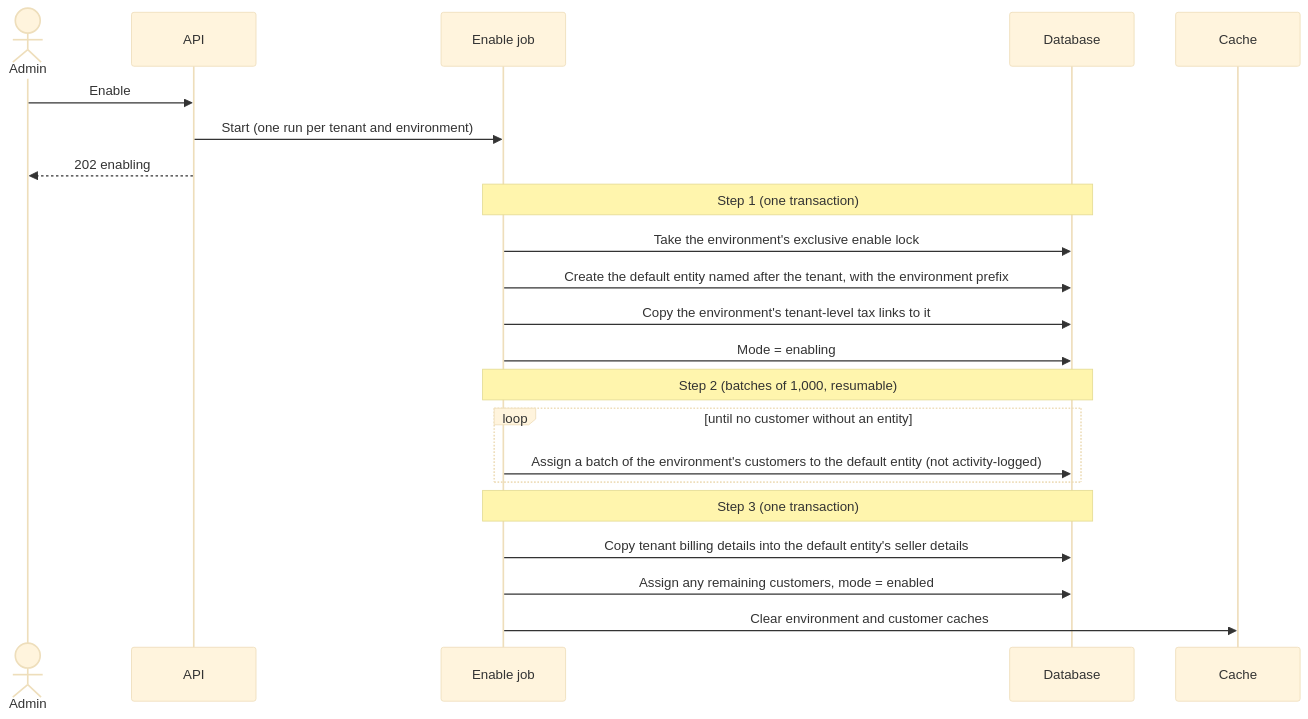
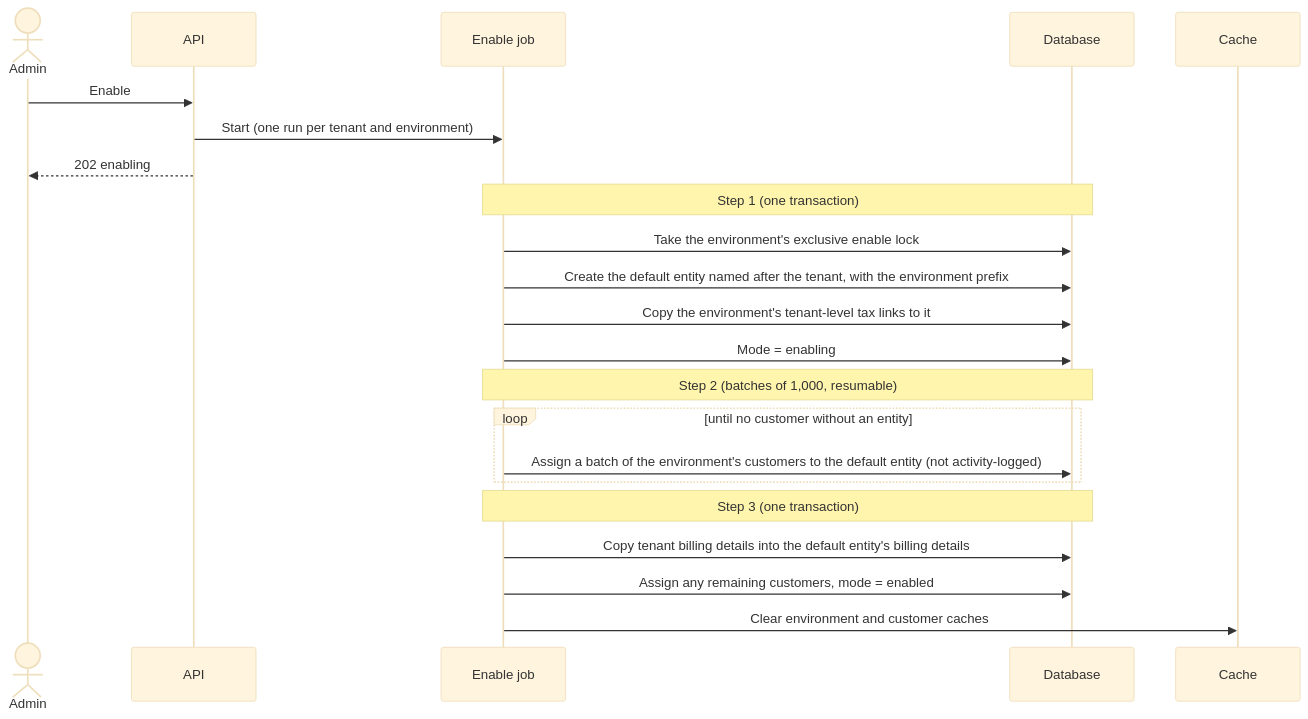
One commit to flexprice/flexprice changed the fourth of 6 diagrams in docs/design/2026-10-27-billing-entities-p1-erd.md. Above: the diagram before and after it, drawn with Mermaid (base theme). The commit also changed other lines of this file and 39 other files, not shown here.

First line of the commit message:
refactor(billing-entities): billing_details and billing_entity snapshot; drop legal_name

````diff
--- a/docs/design/2026-10-27-billing-entities-p1-erd.md
+++ b/docs/design/2026-10-27-billing-entities-p1-erd.md
@@ -373,24 +370,24 @@
 ```mermaid
 sequenceDiagram
   actor Admin
   participant API
   participant Job as Enable job
   participant DB as Database
   participant Cache
   Admin->>API: Enable
   API->>Job: Start (one run per tenant and environment)
   API-->>Admin: 202 enabling
   Note over Job,DB: Step 1 (one transaction)
   Job->>DB: Take the environment's exclusive enable lock
   Job->>DB: Create the default entity named after the tenant, with the environment prefix
   Job->>DB: Copy the environment's tenant-level tax links to it
   Job->>DB: Mode = enabling
   Note over Job,DB: Step 2 (batches of 1,000, resumable)
   loop until no customer without an entity
     Job->>DB: Assign a batch of the environment's customers to the default entity (not activity-logged)
   end
   Note over Job,DB: Step 3 (one transaction)
-  Job->>DB: Copy tenant billing details into the default entity's seller details
+  Job->>DB: Copy tenant billing details into the default entity's billing details
   Job->>DB: Assign any remaining customers, mode = enabled
   Job->>Cache: Clear environment and customer caches
 ```
````
